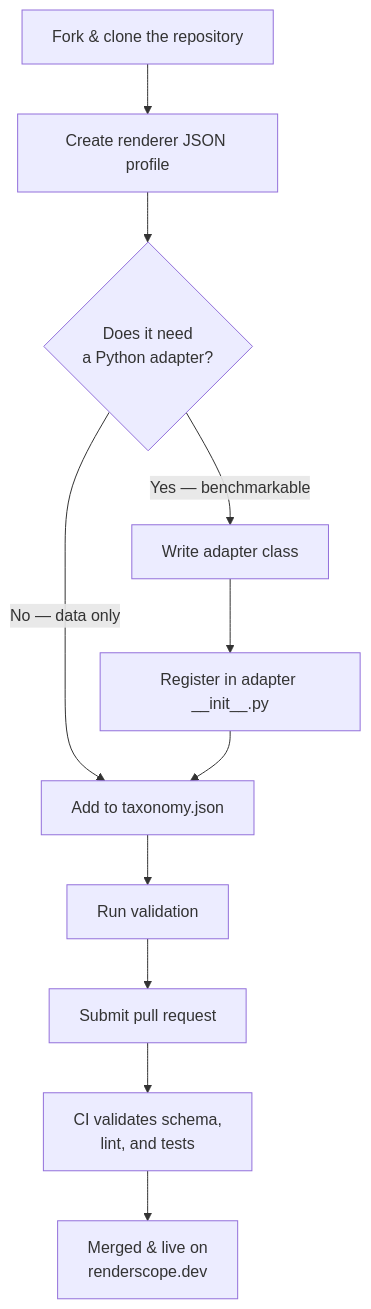
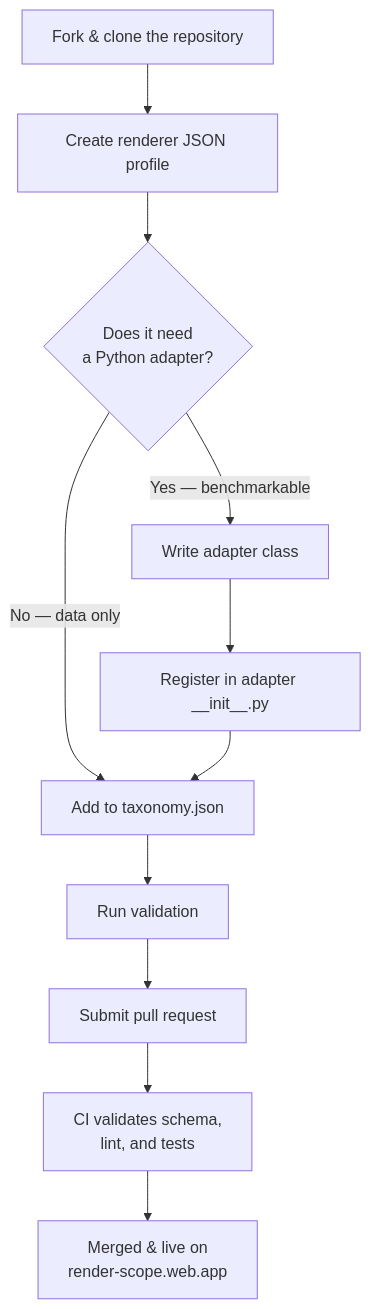
One commit to renderscope-dev/renderscope changed the fourth of 5 diagrams in README.md. Above: the diagram before and after it, drawn with Mermaid. The commit also changed other lines of this file and 38 other files, not shown here.

````diff
--- a/README.md
+++ b/README.md
@@ -396,16 +396,16 @@
 ```mermaid
 flowchart TD
     A["Fork & clone the repository"] --> B["Create renderer JSON profile"]
     B --> C{"Does it need<br>a Python adapter?"}
 
     C -- "No — data only" --> D["Add to taxonomy.json"]
     C -- "Yes — benchmarkable" --> E["Write adapter class"]
 
     E --> F["Register in adapter __init__.py"]
     F --> D
 
     D --> G["Run validation"]
     G --> H["Submit pull request"]
     H --> I["CI validates schema,<br>lint, and tests"]
-    I --> J["Merged & live on<br>renderscope.dev"]
+    I --> J["Merged & live on<br>render-scope.web.app"]
 ```
````
